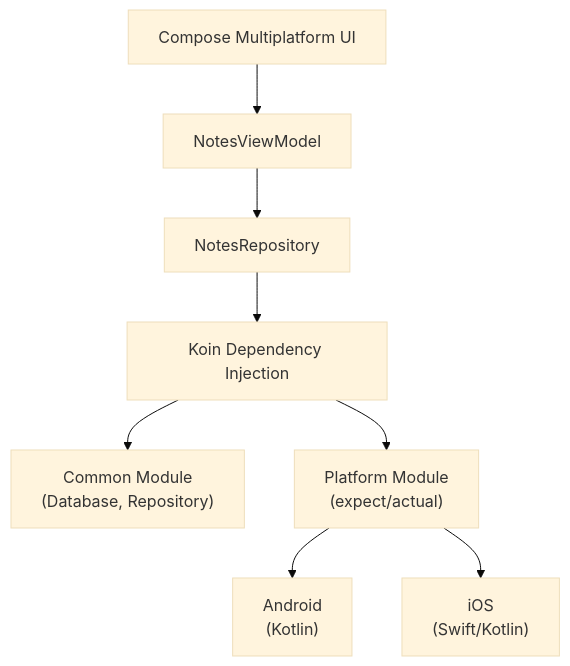
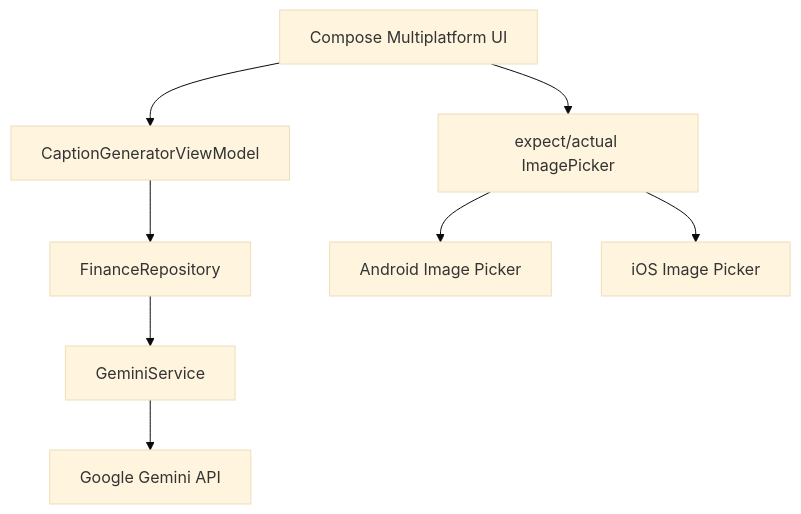
One commit to 15-040-GianIvander/9_123140040 changed the diagram in README.md. Above: the diagram before and after it, drawn with Mermaid (base theme). The commit also changed other lines of this file, not shown here.

````diff
--- a/README.md
+++ b/README.md
@@ -63,10 +64,10 @@
 ```mermaid
 graph TD
-    UI[Compose Multiplatform UI] --> VM[NotesViewModel]
-    VM --> Repo[NotesRepository]
-    Repo --> DI[Koin Dependency Injection]
-    DI --> CommonModule["Common Module<br/>(Database, Repository)"]
-    DI --> PlatformModule["Platform Module<br/>(expect/actual)"]
-    PlatformModule --> AndroidImpl["Android<br/>(Kotlin)"]
-    PlatformModule --> iOSImpl["iOS<br/>(Swift/Kotlin)"]
+    UI[Compose Multiplatform UI] --> VM[CaptionGeneratorViewModel]
+    VM --> Repo[FinanceRepository]
+    Repo --> API[GeminiService]
+    API --> Gemini[Google Gemini API]
+    UI --> ImagePicker[expect/actual ImagePicker]
+    ImagePicker --> AndroidImpl[Android Image Picker]
+    ImagePicker --> iOSImpl[iOS Image Picker]
 ```
````
